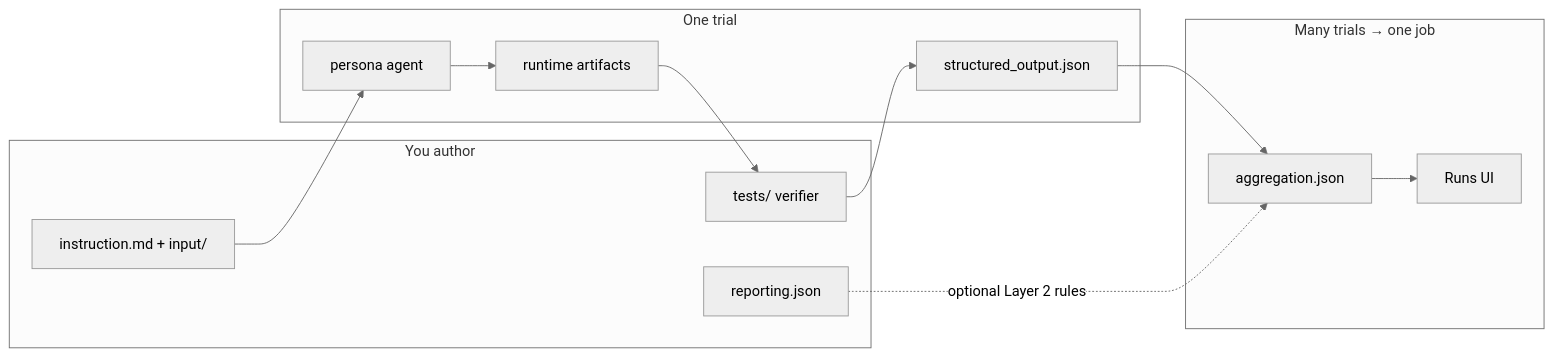
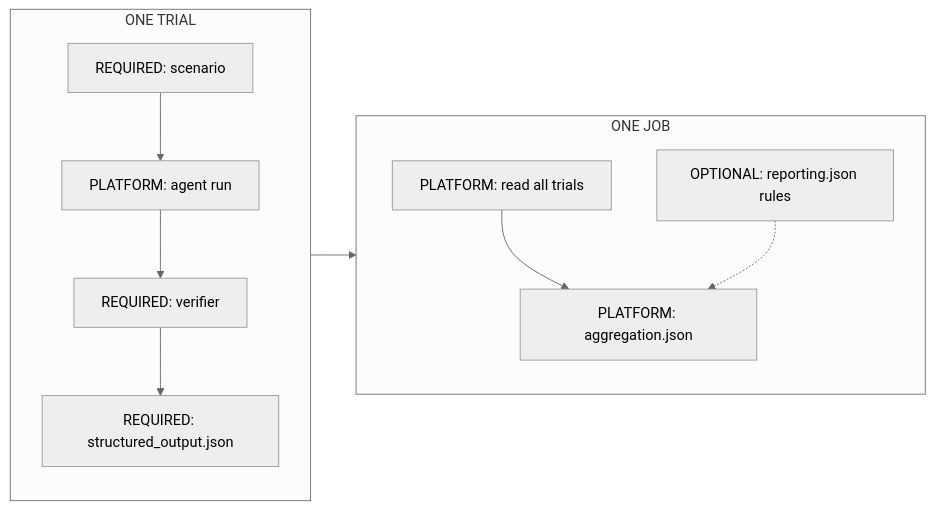
Before and after one commit to MatrAIx-ai/MatrAIx: the second of 2 diagrams in application/task-spec/README.md, drawn with Mermaid (neutral theme). The commit also changed other lines of this file and 6 other files, not shown here.

First line of the commit message:
Inline task-spec diagrams into existing docs and drop task-blueprints.md.

````diff
--- a/application/task-spec/README.md
+++ b/application/task-spec/README.md
@@ -48,24 +92,22 @@
 ```mermaid
 flowchart LR
-  subgraph author ["You author"]
-    A["instruction.md + input/"]
-    B["tests/ verifier"]
-    C["reporting.json"]
+  subgraph trial ["ONE TRIAL"]
+    direction TB
+    A1["REQUIRED: scenario"]
+    A2["PLATFORM: agent run"]
+    A3["REQUIRED: verifier"]
+    A4["REQUIRED: structured_output.json"]
+    A1 --> A2 --> A3 --> A4
   end
 
-  subgraph trial ["One trial"]
-    D["persona agent"]
-    E["runtime artifacts"]
-    F["structured_output.json"]
+  subgraph job ["ONE JOB"]
+    direction TB
+    B1["PLATFORM: read all trials"]
+    B2["OPTIONAL: reporting.json rules"]
+    B3["PLATFORM: aggregation.json"]
+    B1 --> B3
+    B2 -.-> B3
   end
 
-  subgraph job ["Many trials → one job"]
-    G["aggregation.json"]
-    H["Runs UI"]
-  end
-
-  A --> D --> E --> B --> F
-  F --> G
-  C -.->|"optional Layer 2 rules"| G
-  G --> H
+  A4 --> B1
 ```
````
